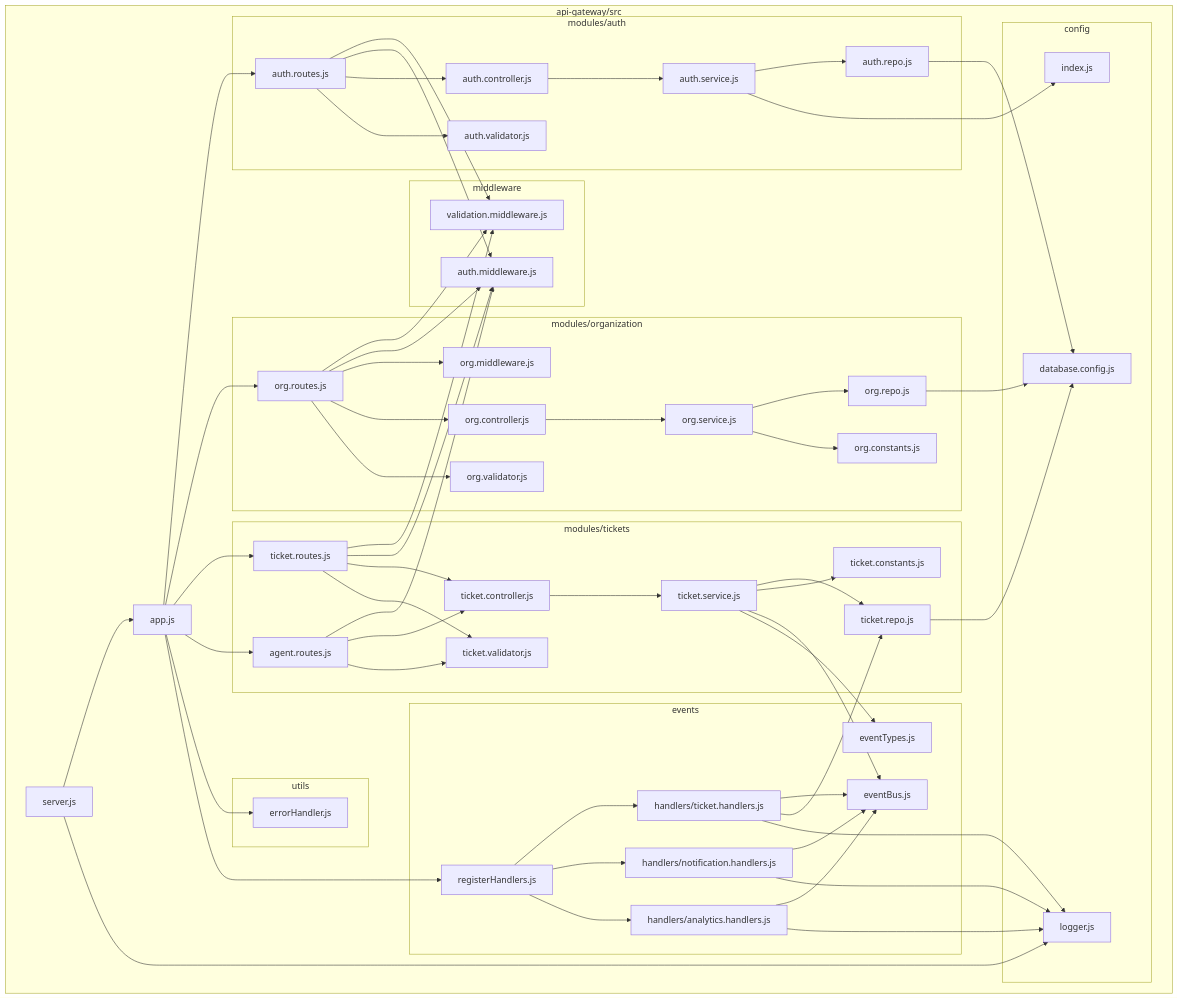
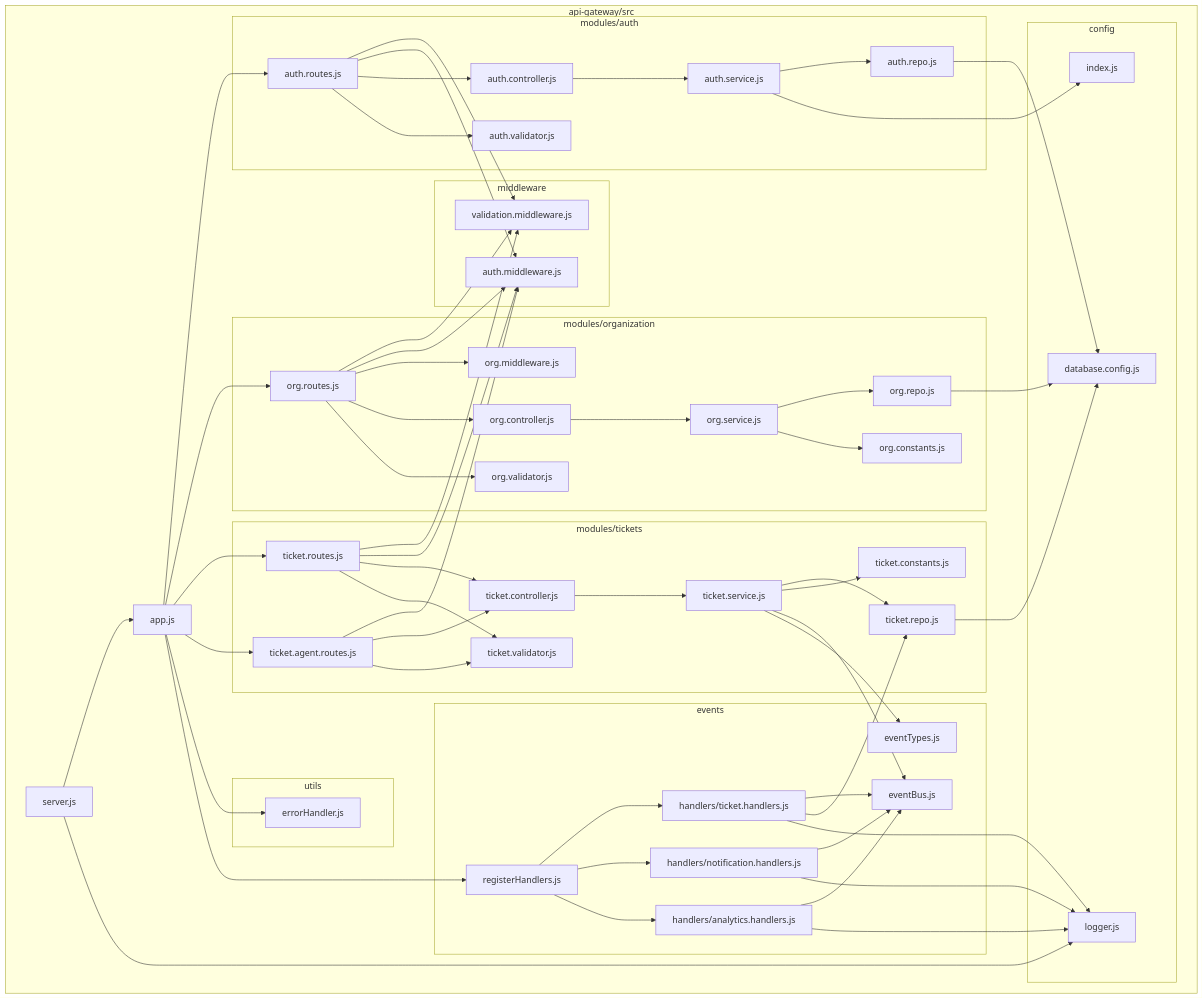
The diagram in docs/uml/03-package-api-gateway.mmd (hardik-agarwal18/HelpForge), drawn with Mermaid before and after one commit. The commit also changed 8 other files, not shown here.

Commit message:
feat(uml): update UML diagrams for ticket and agent management with improved naming and logic

```diff
--- a/docs/uml/03-package-api-gateway.mmd
+++ b/docs/uml/03-package-api-gateway.mmd
@@ -1,111 +1,111 @@
 flowchart TB
 
   subgraph API[api-gateway/src]
     App[app.js]
     Server[server.js]
 
     subgraph ConfigPkg[config]
       ConfigIndex[index.js]
       DbConfig[database.config.js]
       LoggerConfig[logger.js]
     end
 
     subgraph MiddlewarePkg[middleware]
       AuthMW[auth.middleware.js]
       ValidationMW[validation.middleware.js]
     end
 
     subgraph AuthPkg[modules/auth]
       AuthRoutes[auth.routes.js]
       AuthController[auth.controller.js]
       AuthService[auth.service.js]
       AuthRepo[auth.repo.js]
       AuthValidator[auth.validator.js]
     end
 
     subgraph OrgPkg[modules/organization]
       OrgRoutes[org.routes.js]
       OrgController[org.controller.js]
       OrgService[org.service.js]
       OrgRepo[org.repo.js]
       OrgMW[org.middleware.js]
       OrgValidator[org.validator.js]
       OrgConstants[org.constants.js]
     end
 
     subgraph TicketPkg[modules/tickets]
       TicketRoutes[ticket.routes.js]
-      AgentRoutes[agent.routes.js]
+      AgentRoutes[ticket.agent.routes.js]
       TicketController[ticket.controller.js]
       TicketService[ticket.service.js]
       TicketRepo[ticket.repo.js]
       TicketValidator[ticket.validator.js]
       TicketConstants[ticket.constants.js]
     end
 
     subgraph EventsPkg[events]
       EventBus[eventBus.js]
       EventTypes[eventTypes.js]
       RegisterHandlers[registerHandlers.js]
       TicketHandlers[handlers/ticket.handlers.js]
       NotificationHandlers[handlers/notification.handlers.js]
       AnalyticsHandlers[handlers/analytics.handlers.js]
     end
 
     subgraph UtilsPkg[utils]
       ErrorHandler[errorHandler.js]
     end
   end
 
   Server --> App
   Server --> LoggerConfig
   App --> AuthRoutes
   App --> OrgRoutes
   App --> TicketRoutes
   App --> AgentRoutes
   App --> ErrorHandler
   App --> RegisterHandlers
 
   AuthRoutes --> ValidationMW
   AuthRoutes --> AuthMW
   AuthRoutes --> AuthController
   AuthController --> AuthService
   AuthService --> AuthRepo
   AuthService --> ConfigIndex
   AuthRepo --> DbConfig
   AuthRoutes --> AuthValidator
 
   OrgRoutes --> ValidationMW
   OrgRoutes --> AuthMW
   OrgRoutes --> OrgMW
   OrgRoutes --> OrgController
   OrgController --> OrgService
   OrgService --> OrgRepo
   OrgService --> OrgConstants
   OrgRepo --> DbConfig
   OrgRoutes --> OrgValidator
 
   TicketRoutes --> ValidationMW
   TicketRoutes --> AuthMW
   TicketRoutes --> TicketController
   AgentRoutes --> AuthMW
   AgentRoutes --> TicketController
   TicketController --> TicketService
   TicketService --> TicketRepo
   TicketService --> TicketConstants
   TicketService --> EventBus
   TicketService --> EventTypes
   TicketRepo --> DbConfig
   TicketRoutes --> TicketValidator
   AgentRoutes --> TicketValidator
 
   RegisterHandlers --> TicketHandlers
   RegisterHandlers --> NotificationHandlers
   RegisterHandlers --> AnalyticsHandlers
   TicketHandlers --> EventBus
   NotificationHandlers --> EventBus
   AnalyticsHandlers --> EventBus
   TicketHandlers --> TicketRepo
   TicketHandlers --> LoggerConfig
   NotificationHandlers --> LoggerConfig
   AnalyticsHandlers --> LoggerConfig
```
